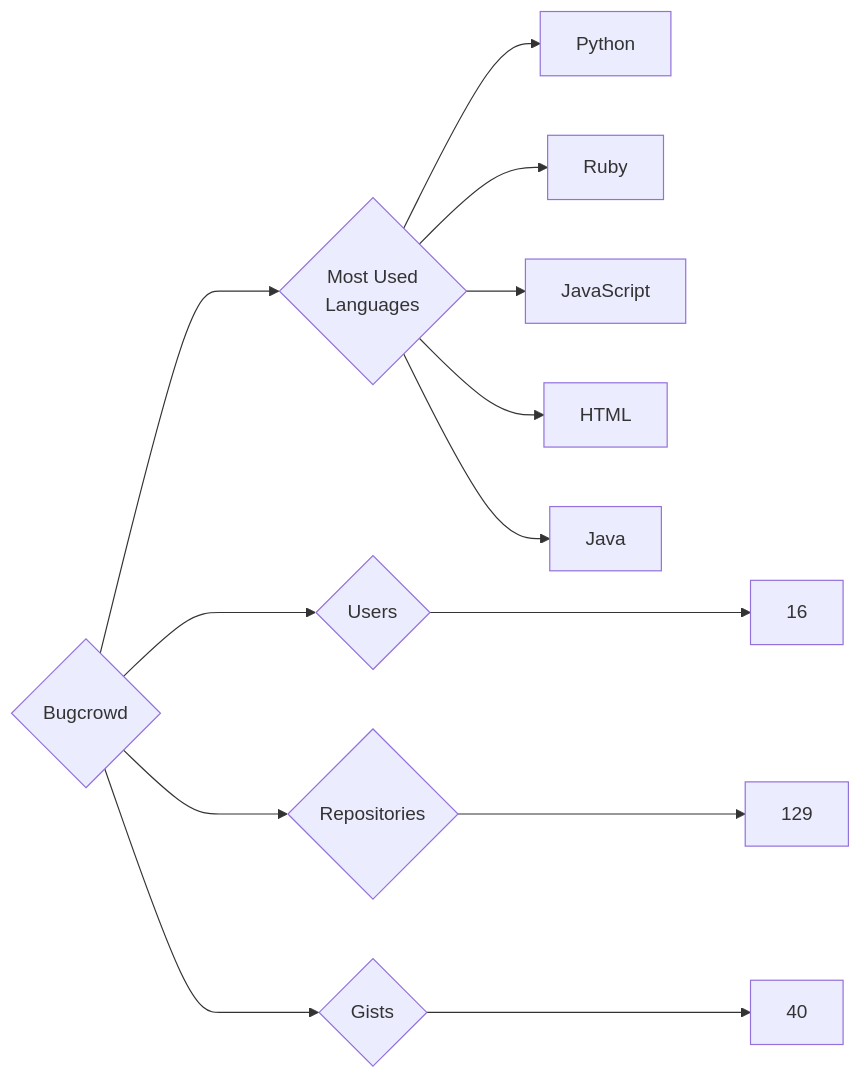
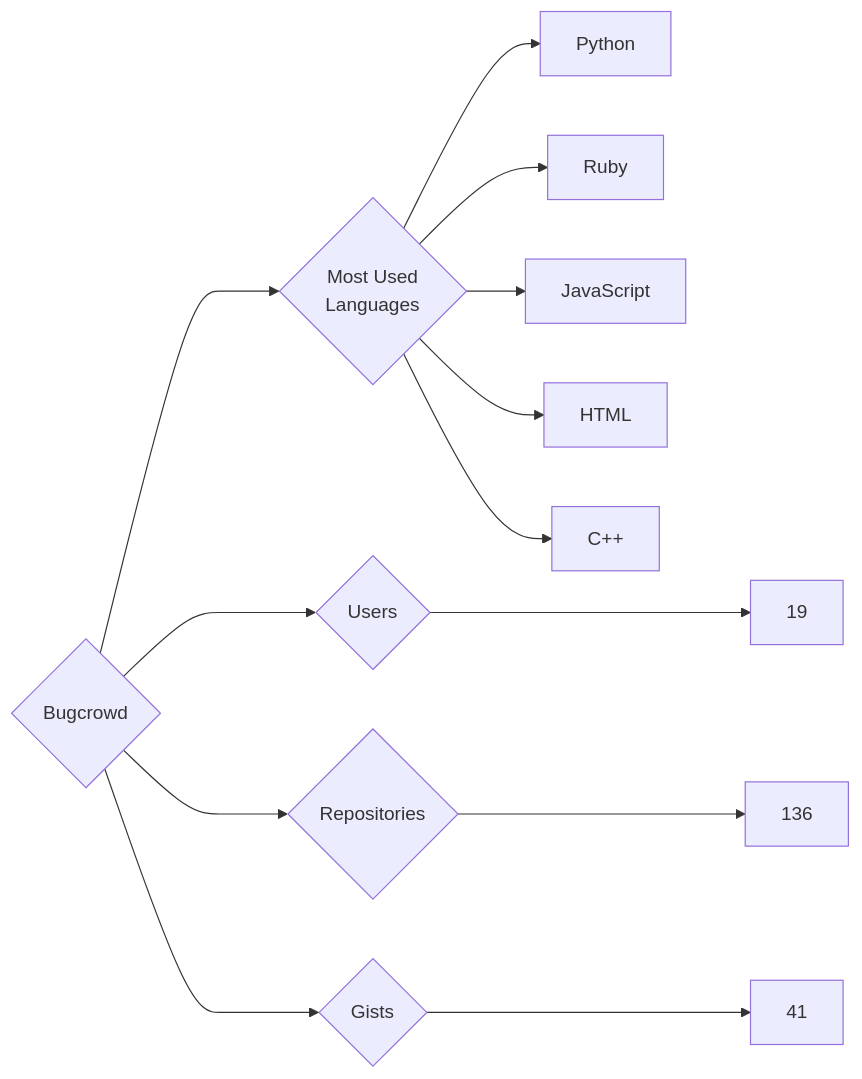
Before and after one commit to trickest/insiders: the diagram in targets/Bugcrowd/README.md, drawn with Mermaid. The commit also changed 1238 other files, not shown here.

````diff
--- a/targets/Bugcrowd/README.md
+++ b/targets/Bugcrowd/README.md
@@ -3,13 +3,13 @@
 ```mermaid
 graph LR
 COMPANY_NAME{Bugcrowd}
-COMPANY_NAME ---> U{Users} ---> UN[16]
-COMPANY_NAME ---> R{Repositories} ---> RN[129]
-COMPANY_NAME ---> G{Gists} ---> GN[40]
+COMPANY_NAME ---> U{Users} ---> UN[19]
+COMPANY_NAME ---> R{Repositories} ---> RN[136]
+COMPANY_NAME ---> G{Gists} ---> GN[41]
 COMPANY_NAME ---> ML{Most Used<br>Languages}
 ML --> Python[Python]
 ML --> Ruby[Ruby]
 ML --> JavaScript[JavaScript]
 ML --> HTML[HTML]
-ML --> Java[Java]
+ML --> C++[C++]
 ```
````
